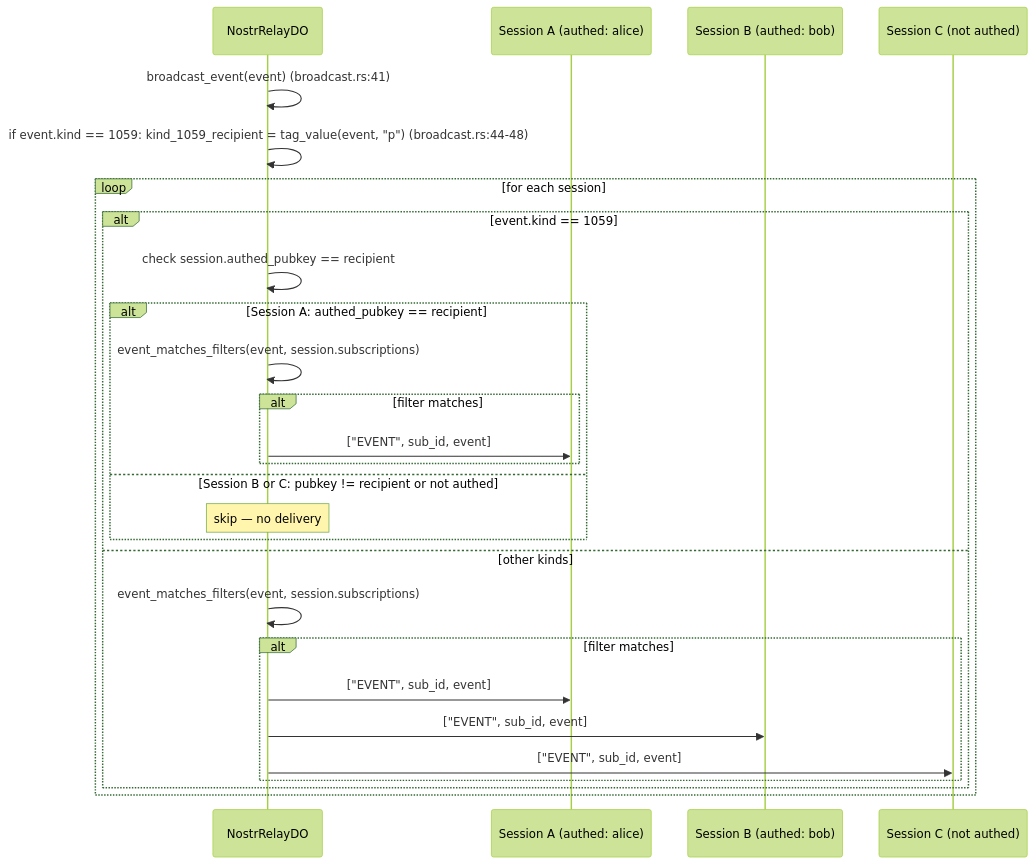
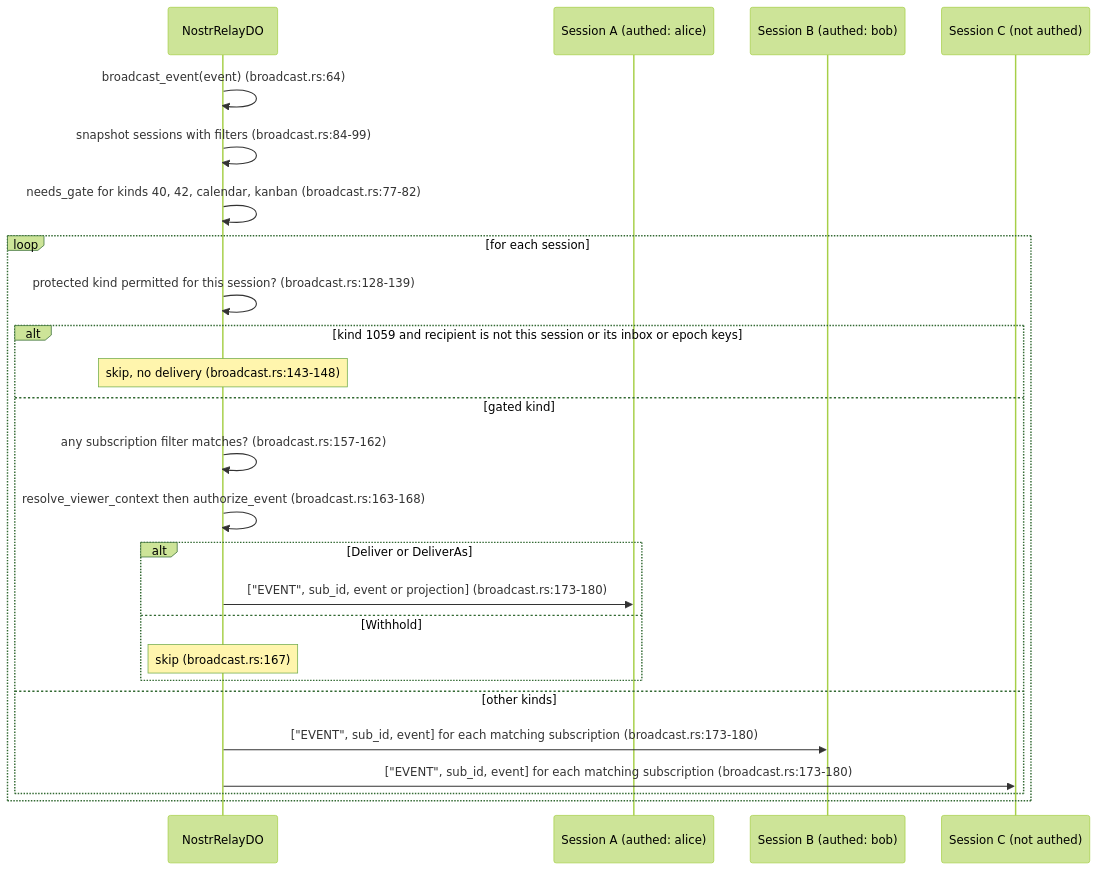
Before and after one commit to DreamLab-AI/nostr-rust-forum: the sixth of 12 diagrams in docs/diagrams/relay-event-admission.md, drawn with Mermaid (forest theme). The commit also changed other lines of this file and 4 other files, not shown here.

First line of the commit message:
docs(diagrams): bring the diagram corpus up to 3c48e26 (NIP-09 tombstones, deletion sync, NIP-42 receipts, per-identity zone keys)

````diff
--- a/docs/diagrams/relay-event-admission.md
+++ b/docs/diagrams/relay-event-admission.md
@@ -412,31 +438,29 @@
 ```mermaid
 sequenceDiagram
     participant DO as NostrRelayDO
-    participant S1 as Session A (authed: alice)
-    participant S2 as Session B (authed: bob)
-    participant S3 as Session C (not authed)
+    participant SA as Session A (authed: alice)
+    participant SB as Session B (authed: bob)
+    participant SC as Session C (not authed)
 
-    DO->>DO: broadcast_event(event) (broadcast.rs:41)
-    DO->>DO: if event.kind == 1059: kind_1059_recipient = tag_value(event, "p") (broadcast.rs:44-48)
+    DO->>DO: broadcast_event(event) (broadcast.rs:64)
+    DO->>DO: snapshot sessions with filters (broadcast.rs:84-99)
+    DO->>DO: needs_gate for kinds 40, 42, calendar, kanban (broadcast.rs:77-82)
 
     loop for each session
-        alt event.kind == 1059
-            DO->>DO: check session.authed_pubkey == recipient
-            alt Session A: authed_pubkey == recipient
-                DO->>DO: event_matches_filters(event, session.subscriptions)
-                alt filter matches
-                    DO->>S1: ["EVENT", sub_id, event]
-                end
-            else Session B or C: pubkey != recipient or not authed
-                Note over DO: skip — no delivery
+        DO->>DO: protected kind permitted for this session? (broadcast.rs:128-139)
+        alt kind 1059 and recipient is not this session or its inbox or epoch keys
+            Note over DO: skip, no delivery (broadcast.rs:143-148)
+        else gated kind
+            DO->>DO: any subscription filter matches? (broadcast.rs:157-162)
+            DO->>DO: resolve_viewer_context then authorize_event (broadcast.rs:163-168)
+            alt Deliver or DeliverAs
+                DO->>SA: ["EVENT", sub_id, event or projection] (broadcast.rs:173-180)
+            else Withhold
+                Note over DO: skip (broadcast.rs:167)
             end
         else other kinds
-            DO->>DO: event_matches_filters(event, session.subscriptions)
-            alt filter matches
-                DO->>S1: ["EVENT", sub_id, event]
-                DO->>S2: ["EVENT", sub_id, event]
-                DO->>S3: ["EVENT", sub_id, event]
-            end
+            DO->>SB: ["EVENT", sub_id, event] for each matching subscription (broadcast.rs:173-180)
+            DO->>SC: ["EVENT", sub_id, event] for each matching subscription (broadcast.rs:173-180)
         end
     end
 ```
````
